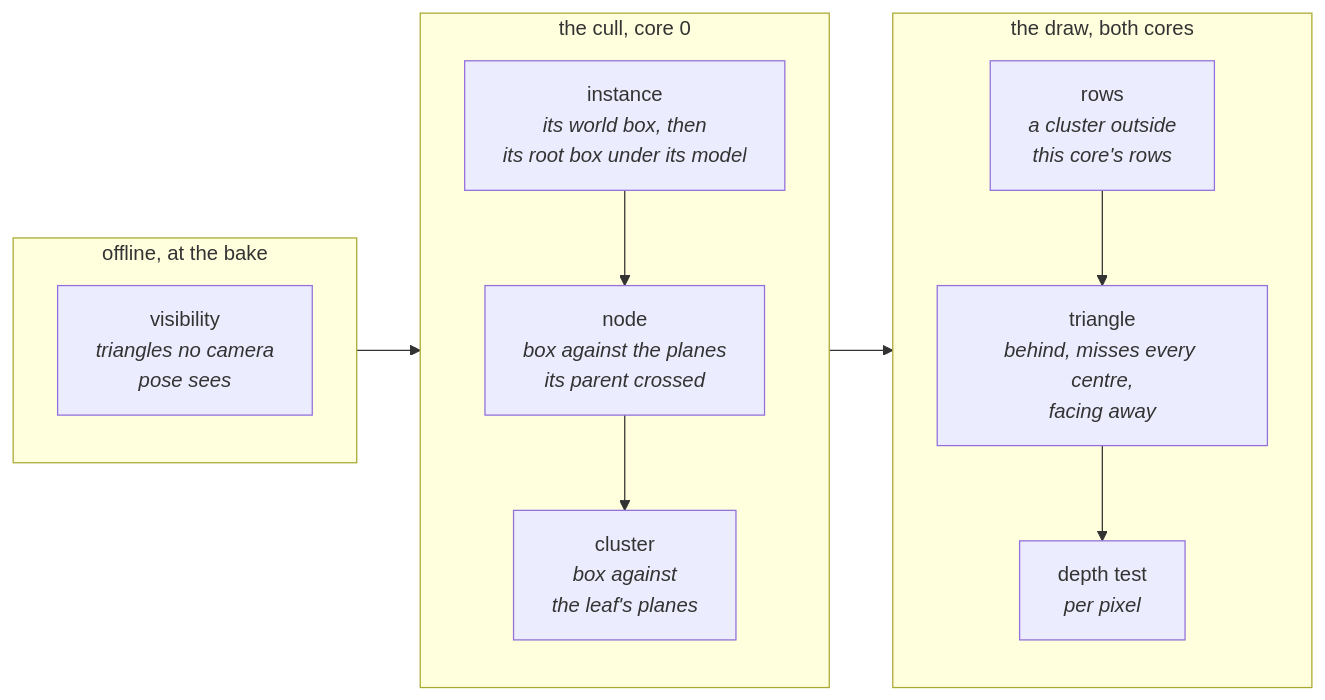
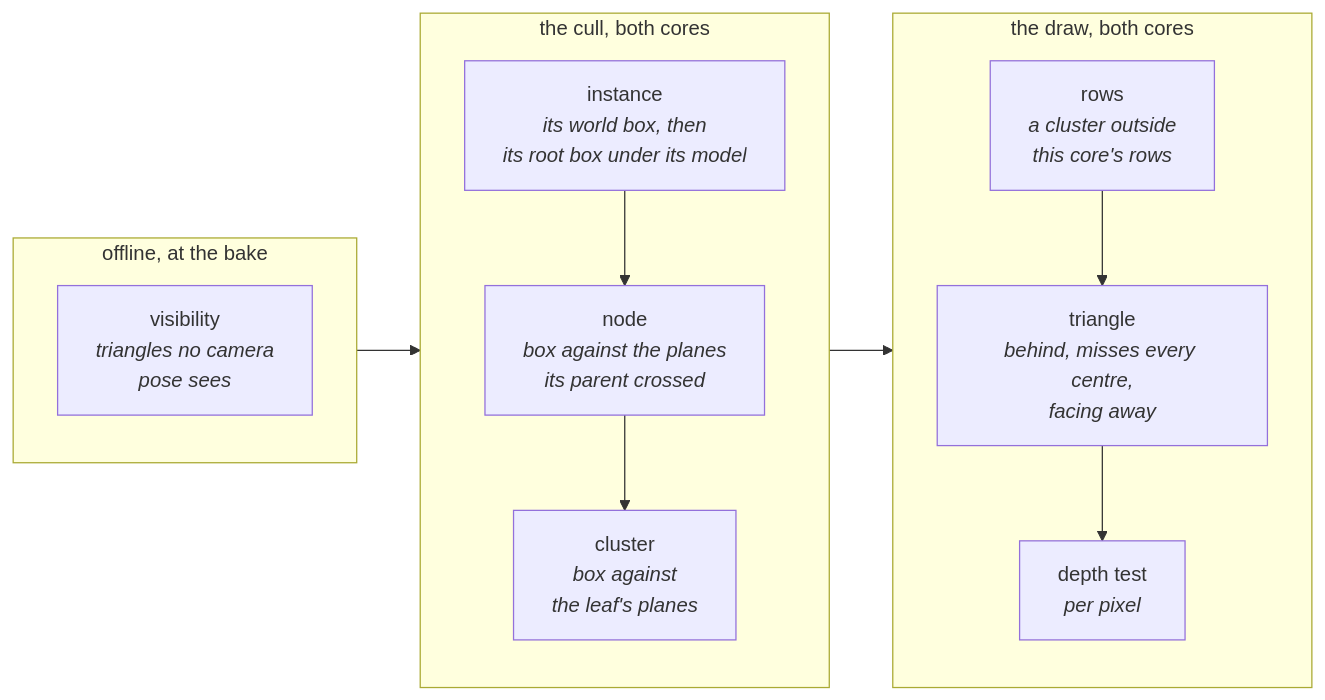
One commit to jose-villegas/autana changed the first of 2 diagrams in docs/render/frame/Culling.md. Above: the diagram before and after it, drawn with Mermaid. The commit also changed 1 other file, not shown here.

Commit message:
docs: the cull runs on both cores (autana-5idow)

````diff
--- a/docs/render/frame/Culling.md
+++ b/docs/render/frame/Culling.md
@@ -14,17 +14,17 @@
 ```mermaid
 flowchart LR
     subgraph Offline["offline, at the bake"]
         Vis["visibility<br/><i>triangles no camera<br/>pose sees</i>"]
     end
-    subgraph Census["the cull, core 0"]
+    subgraph Census["the cull, both cores"]
         direction TB
         Inst["instance<br/><i>its world box, then<br/>its root box under its model</i>"] --> Node["node<br/><i>box against the planes<br/>its parent crossed</i>"]
         Node --> Cluster["cluster<br/><i>box against<br/>the leaf's planes</i>"]
     end
     subgraph Draw["the draw, both cores"]
         direction TB
         Rows["rows<br/><i>a cluster outside<br/>this core's rows</i>"] --> Tri["triangle<br/><i>behind, misses every centre,<br/>facing away</i>"]
         Tri --> Depth["depth test<br/><i>per pixel</i>"]
     end
     Offline --> Census --> Draw
 ```
````
